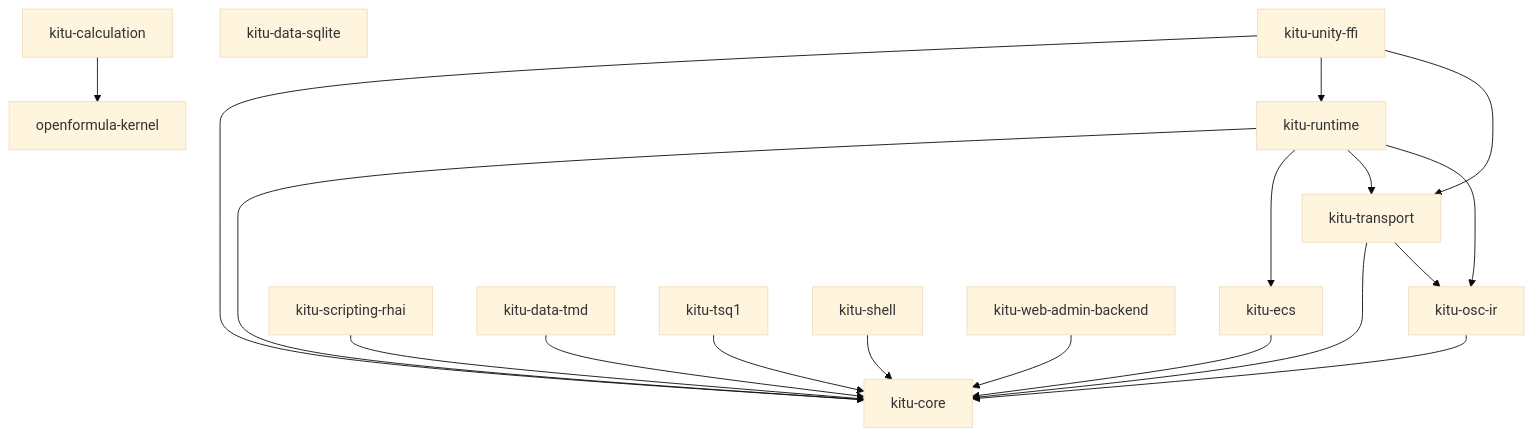
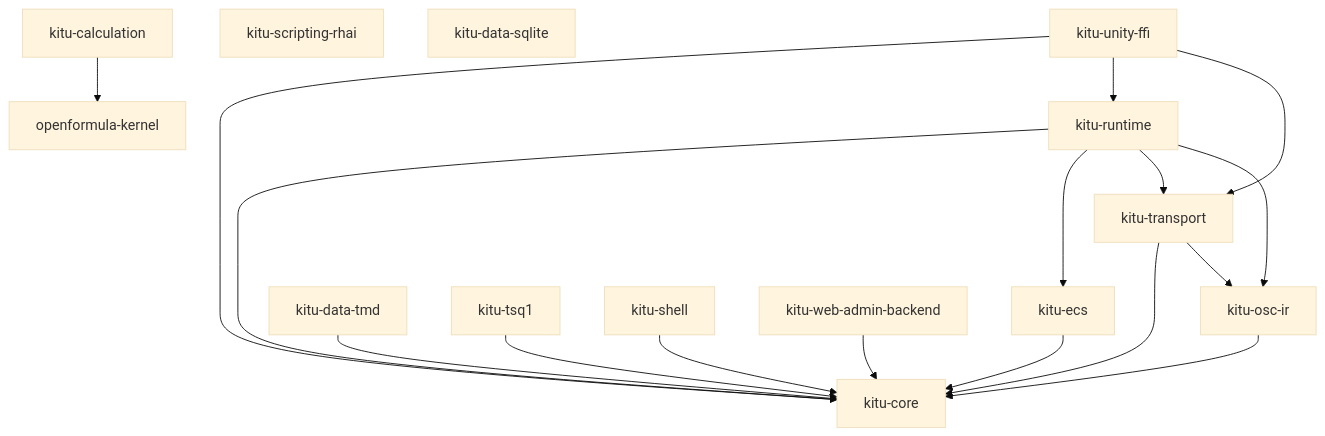
Before and after one commit to Nagitch/kitu-logic-processor: the diagram in doc/crates-overview.md, drawn with Mermaid (base theme). The commit also changed other lines of this file and 45 other files, not shown here.

````diff
--- a/doc/crates-overview.md
+++ b/doc/crates-overview.md
@@ -27,35 +27,34 @@
 ```mermaid
 graph TD
     kitu_core["kitu-core"]
     kitu_calculation["kitu-calculation"]
     kitu_ecs["kitu-ecs"]
     kitu_osc_ir["kitu-osc-ir"]
     kitu_transport["kitu-transport"]
     kitu_runtime["kitu-runtime"]
     kitu_scripting_rhai["kitu-scripting-rhai"]
     kitu_data_tmd["kitu-data-tmd"]
     kitu_data_sqlite["kitu-data-sqlite"]
     kitu_tsq1["kitu-tsq1"]
     kitu_shell["kitu-shell"]
     kitu_web_admin_backend["kitu-web-admin-backend"]
     kitu_unity_ffi["kitu-unity-ffi"]
 
     kitu_calculation --> openformula_kernel["openformula-kernel"]
 
     kitu_ecs --> kitu_core
     kitu_osc_ir --> kitu_core
     kitu_transport --> kitu_core
     kitu_transport --> kitu_osc_ir
     kitu_runtime --> kitu_core
     kitu_runtime --> kitu_ecs
     kitu_runtime --> kitu_transport
     kitu_runtime --> kitu_osc_ir
-    kitu_scripting_rhai --> kitu_core
     kitu_data_tmd --> kitu_core
     kitu_tsq1 --> kitu_core
     kitu_shell --> kitu_core
     kitu_web_admin_backend --> kitu_core
     kitu_unity_ffi --> kitu_core
     kitu_unity_ffi --> kitu_runtime
     kitu_unity_ffi --> kitu_transport
 ```
````
